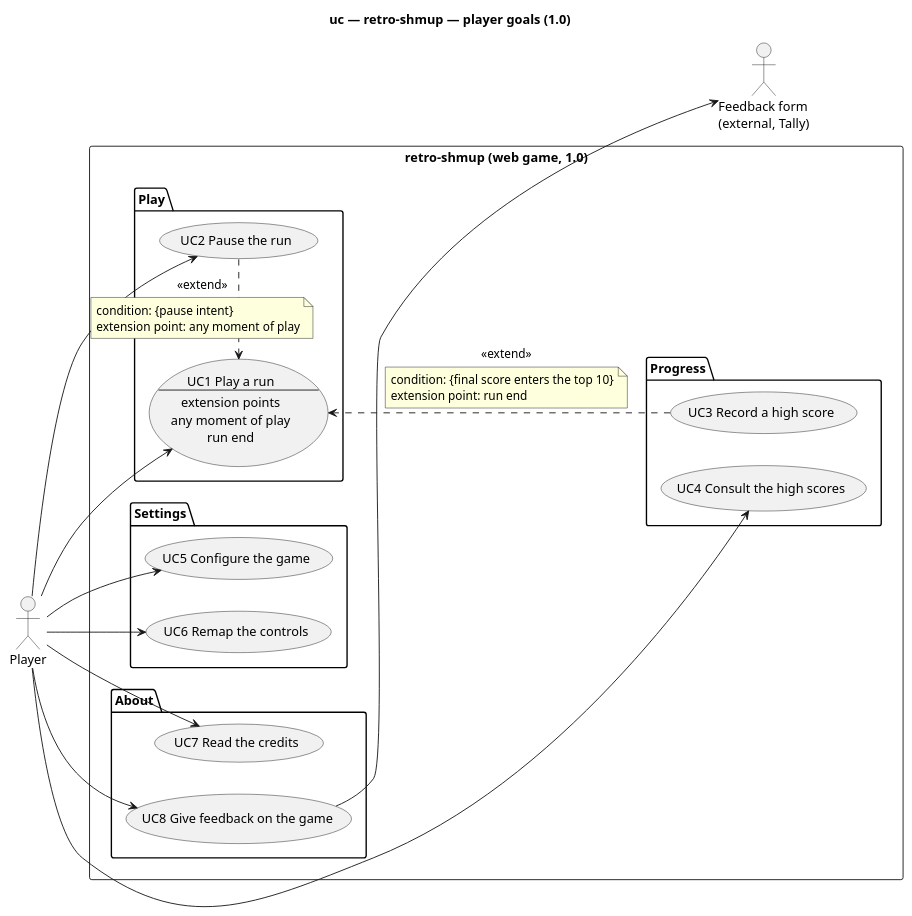
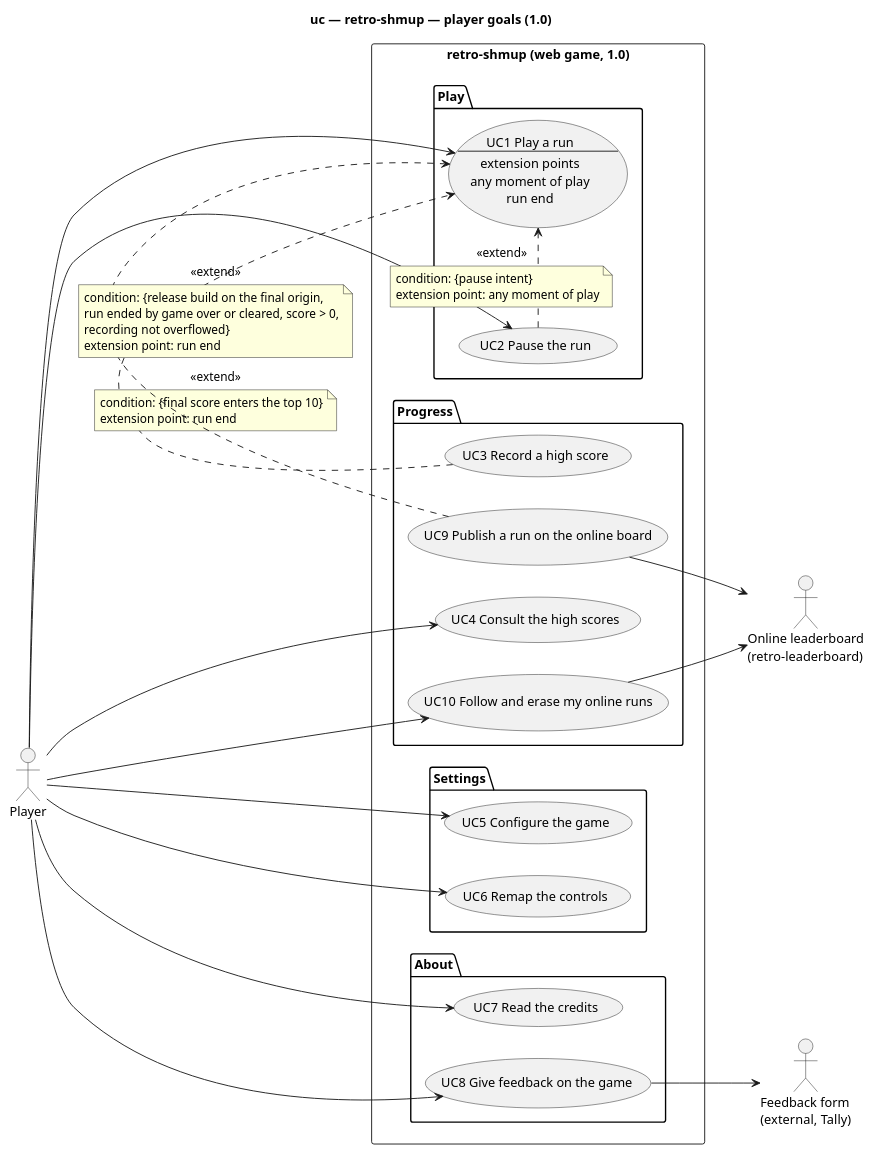
Before and after one commit to benoit-bremaud/retro-shmup: the diagram in docs/architecture/diagrams/system/01-use-case.puml, drawn with PlantUML. The commit also changed 19 other files, not shown here.

First line of the commit message:
docs(design): record runs and send them to the online leaderboard (#167) (#168)

```diff
--- a/docs/architecture/diagrams/system/01-use-case.puml
+++ b/docs/architecture/diagrams/system/01-use-case.puml
@@ -1,54 +1,67 @@
 @startuml 01-use-case
 title uc — retro-shmup — player goals (1.0)
 left to right direction
 skinparam shadowing false
 
 actor "Player" as Player
 actor "Feedback form\n(external, Tally)" as FeedbackForm
+actor "Online leaderboard\n(retro-leaderboard)" as Leaderboard
 
 rectangle "retro-shmup (web game, 1.0)" {
   package "Play" {
     usecase UC1 as "UC1 Play a run
     --
     extension points
     any moment of play
     run end"
     usecase "UC2 Pause the run" as UC2
   }
   package "Progress" {
     usecase "UC3 Record a high score" as UC3
     usecase "UC4 Consult the high scores" as UC4
+    usecase "UC9 Publish a run on the online board" as UC9
+    usecase "UC10 Follow and erase my online runs" as UC10
   }
   package "Settings" {
     usecase "UC5 Configure the game" as UC5
     usecase "UC6 Remap the controls" as UC6
   }
   package "About" {
     usecase "UC7 Read the credits" as UC7
     usecase "UC8 Give feedback on the game" as UC8
   }
 }
 
 Player --> UC1
 Player --> UC2
 Player --> UC4
 Player --> UC5
 Player --> UC6
 Player --> UC7
 Player --> UC8
+Player --> UC10
 UC8 --> FeedbackForm
+UC9 --> Leaderboard
+UC10 --> Leaderboard
 
 ' layout only: keep Progress next to Play
 UC2 -[hidden]- UC3
 
 UC2 .> UC1 : <<extend>>
 note on link
   condition: {pause intent}
   extension point: any moment of play
 end note
 UC3 .> UC1 : <<extend>>
 note on link
   condition: {final score enters the top 10}
   extension point: run end
 end note
+UC9 .> UC1 : <<extend>>
+note on link
+  condition: {release build on the final origin,
+  run ended by game over or cleared, score > 0,
+  recording not overflowed}
+  extension point: run end
+end note
 @enduml
```
